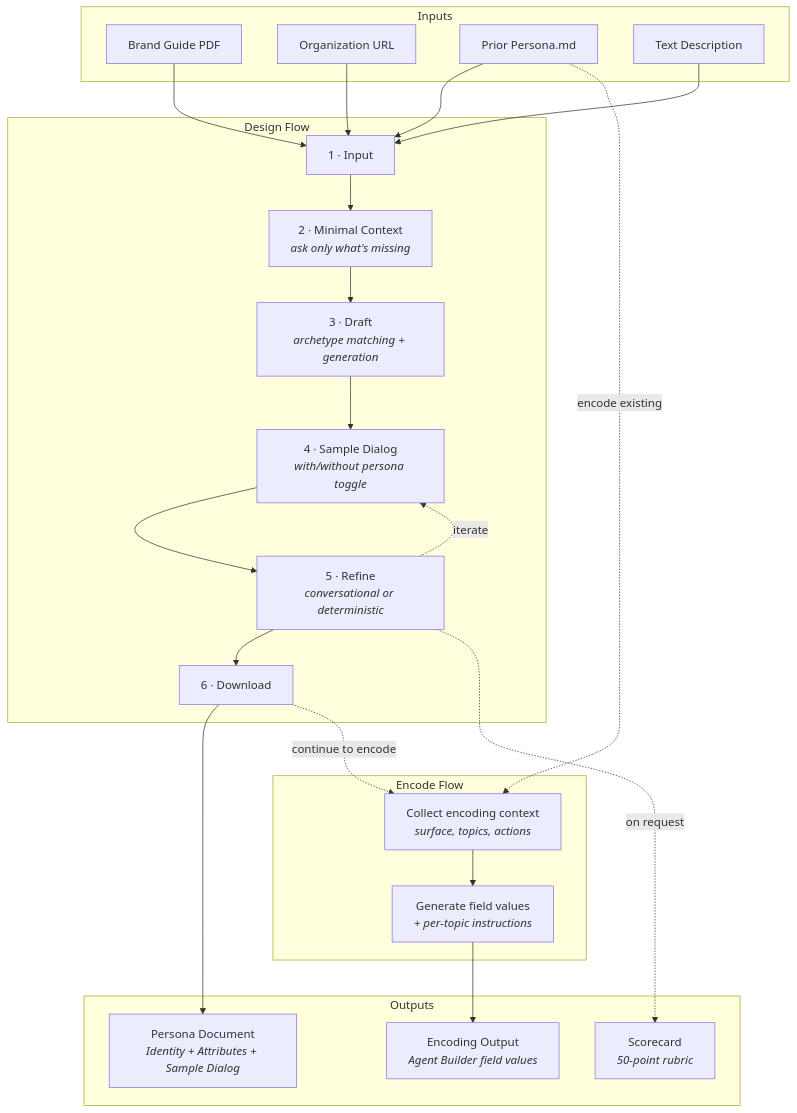
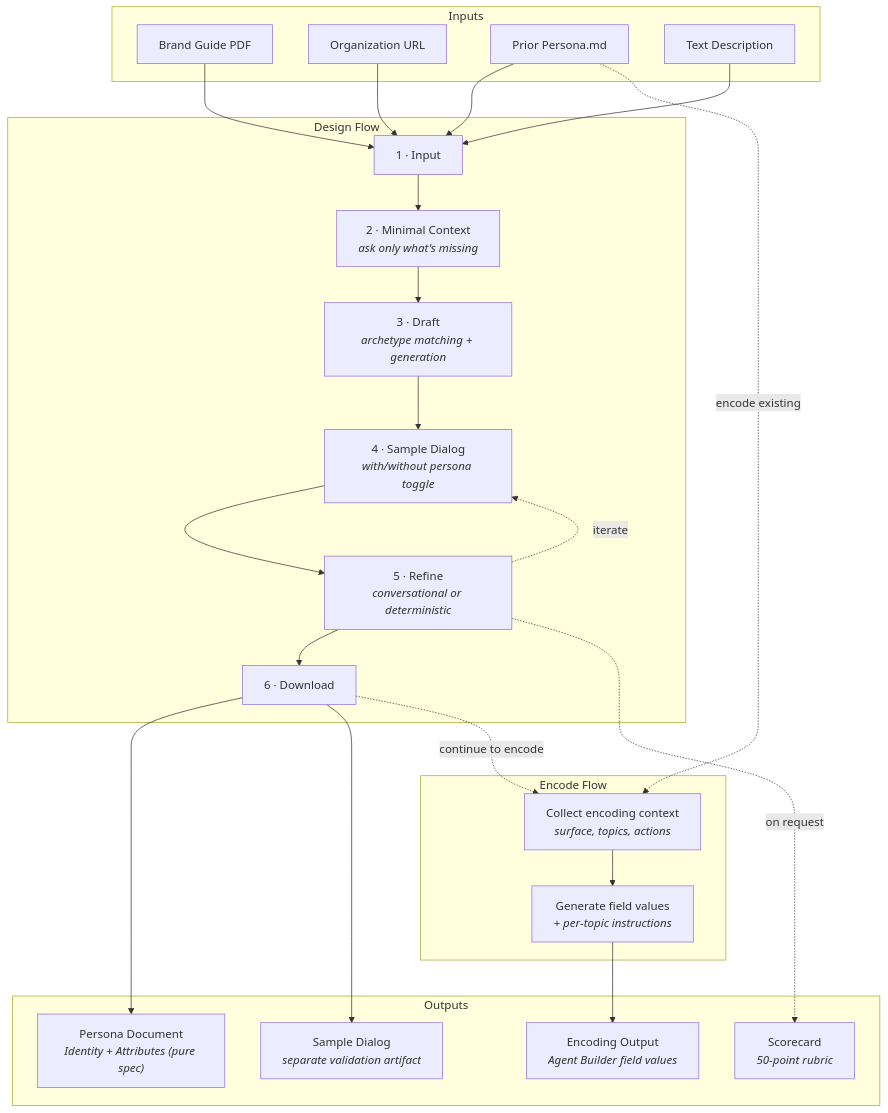
One commit to cascadi/sf-ai-agentforce-persona changed the diagram in README.md. Above: the diagram before and after it, drawn with Mermaid. The commit also changed other lines of this file and 4 other files, not shown here.

First line of the commit message:
Separate sample dialog into its own file

````diff
--- a/README.md
+++ b/README.md
@@ -58,43 +60,45 @@
 ```mermaid
 flowchart TD
     subgraph Inputs
         BG[Brand Guide PDF]
         URL[Organization URL]
         PP[Prior Persona.md]
         TD[Text Description]
     end
 
     subgraph Design["Design Flow"]
         S1["1 · Input"]
         S2["2 · Minimal Context<br><i>ask only what's missing</i>"]
         S3["3 · Draft<br><i>archetype matching + generation</i>"]
         S4["4 · Sample Dialog<br><i>with/without persona toggle</i>"]
         S5["5 · Refine<br><i>conversational or deterministic</i>"]
         S6["6 · Download"]
         S1 --> S2 --> S3 --> S4 --> S5 --> S6
         S5 -.->|iterate| S4
     end
 
     subgraph Encode["Encode Flow"]
         E1["Collect encoding context<br><i>surface, topics, actions</i>"]
         E2["Generate field values<br><i>+ per-topic instructions</i>"]
         E1 --> E2
     end
 
     subgraph Output["Outputs"]
-        PD["Persona Document<br><i>Identity + Attributes + Sample Dialog</i>"]
+        PD["Persona Document<br><i>Identity + Attributes (pure spec)</i>"]
+        SD["Sample Dialog<br><i>separate validation artifact</i>"]
         SC["Scorecard<br><i>50-point rubric</i>"]
         EO["Encoding Output<br><i>Agent Builder field values</i>"]
     end
 
     BG --> S1
     URL --> S1
     PP --> S1
     TD --> S1
     PP -.->|encode existing| E1
 
     S6 --> PD
+    S6 --> SD
     S5 -.->|on request| SC
     E2 --> EO
     S6 -.->|continue to encode| E1
 ```
````
